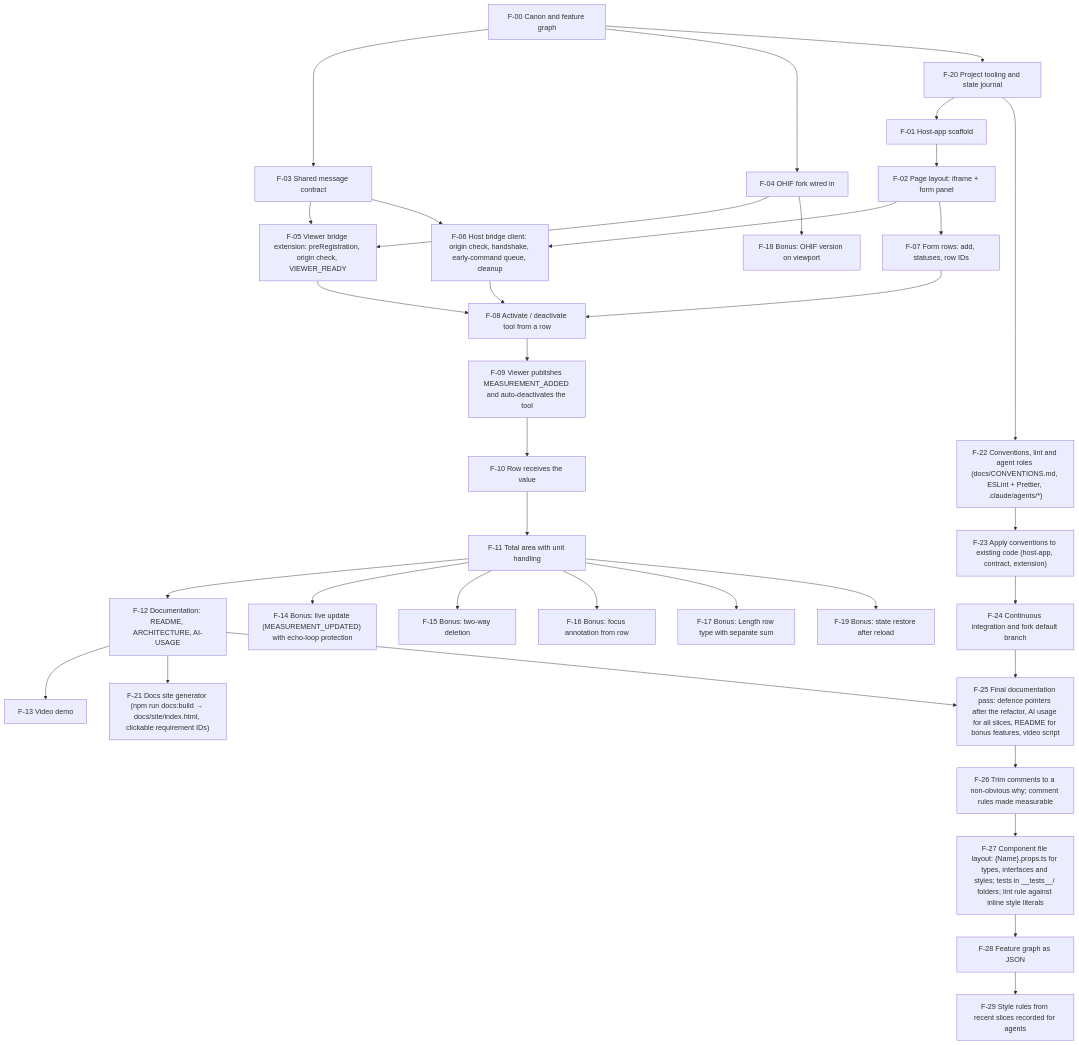
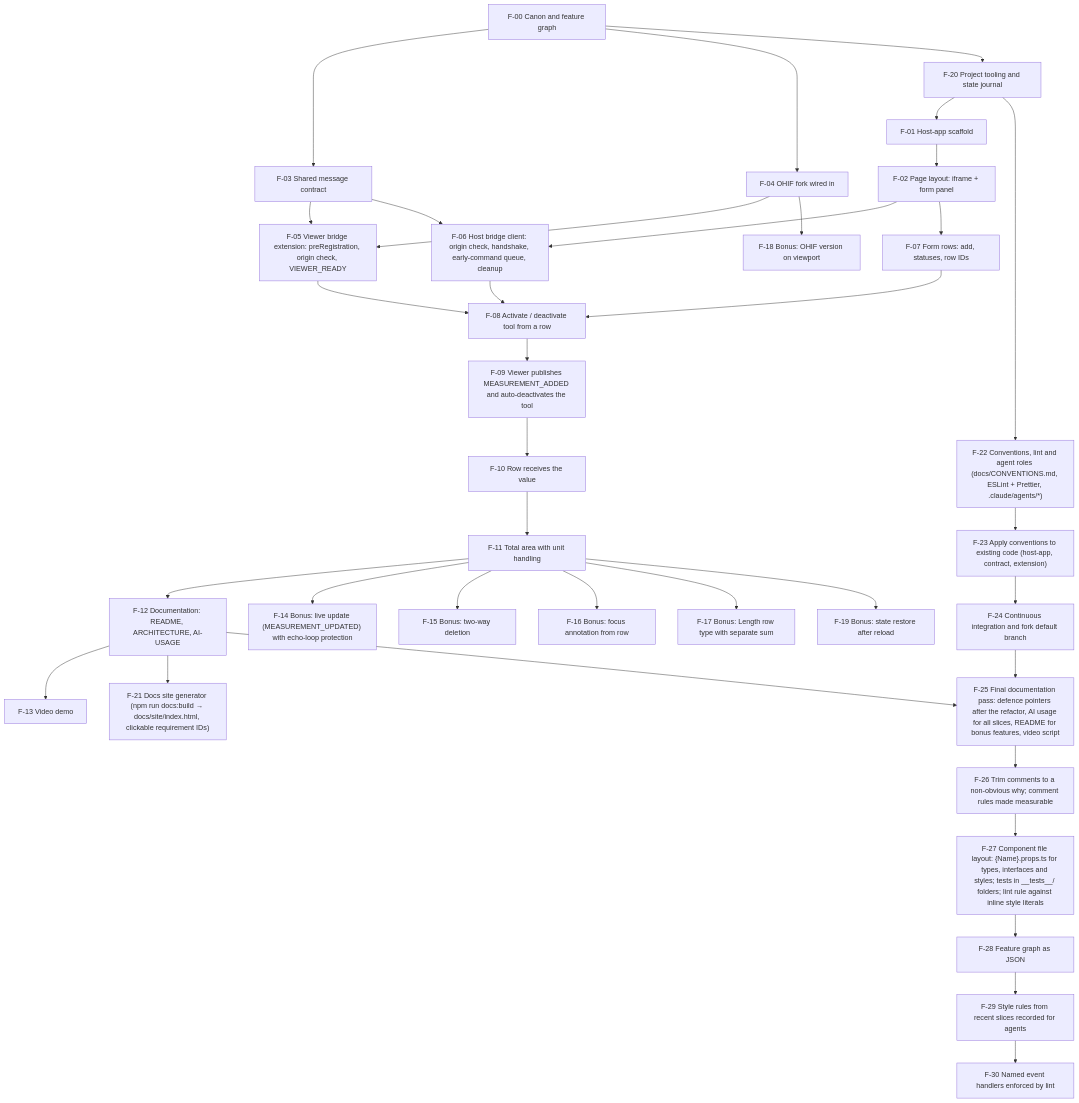
Before and after one commit to bdiadiun/artifact-synchronization: the diagram in docs/FEATURE-GRAPH.md, drawn with Mermaid. The commit also changed other lines of this file and 7 other files, not shown here.

First line of the commit message:
refactor: named event handlers

````diff
--- a/docs/FEATURE-GRAPH.md
+++ b/docs/FEATURE-GRAPH.md
@@ -87,68 +88,70 @@
 ```mermaid
 graph TD
   F00["F-00 Canon and feature graph"]
   F01["F-01 Host-app scaffold"]
   F02["F-02 Page layout: iframe + form panel"]
   F03["F-03 Shared message contract"]
   F04["F-04 OHIF fork wired in"]
   F05["F-05 Viewer bridge extension: preRegistration, origin check, VIEWER_READY"]
   F06["F-06 Host bridge client: origin check, handshake, early-command queue, cleanup"]
   F07["F-07 Form rows: add, statuses, row IDs"]
   F08["F-08 Activate / deactivate tool from a row"]
   F09["F-09 Viewer publishes MEASUREMENT_ADDED and auto-deactivates the tool"]
   F10["F-10 Row receives the value"]
   F11["F-11 Total area with unit handling"]
   F12["F-12 Documentation: README, ARCHITECTURE, AI-USAGE"]
   F13["F-13 Video demo"]
   F14["F-14 Bonus: live update (MEASUREMENT_UPDATED) with echo-loop protection"]
   F15["F-15 Bonus: two-way deletion"]
   F16["F-16 Bonus: focus annotation from row"]
   F17["F-17 Bonus: Length row type with separate sum"]
   F18["F-18 Bonus: OHIF version on viewport"]
   F19["F-19 Bonus: state restore after reload"]
   F20["F-20 Project tooling and state journal"]
   F21["F-21 Docs site generator (npm run docs:build → docs/site/index.html, clickable requirement IDs)"]
   F22["F-22 Conventions, lint and agent roles (docs/CONVENTIONS.md, ESLint + Prettier, .claude/agents/*)"]
   F23["F-23 Apply conventions to existing code (host-app, contract, extension)"]
   F24["F-24 Continuous integration and fork default branch"]
   F25["F-25 Final documentation pass: defence pointers after the refactor, AI usage for all slices, README for bonus features, video script"]
   F26["F-26 Trim comments to a non-obvious why; comment rules made measurable"]
   F27["F-27 Component file layout: {Name}.props.ts for types, interfaces and styles; tests in __tests__/ folders; lint rule against inline style literals"]
   F28["F-28 Feature graph as JSON"]
   F29["F-29 Style rules from recent slices recorded for agents"]
+  F30["F-30 Named event handlers enforced by lint"]
 
   F20 --> F01
   F01 --> F02
   F00 --> F03
   F00 --> F04
   F03 --> F05
   F04 --> F05
   F02 --> F06
   F03 --> F06
   F02 --> F07
   F05 --> F08
   F06 --> F08
   F07 --> F08
   F08 --> F09
   F09 --> F10
   F10 --> F11
   F11 --> F12
   F12 --> F13
   F11 --> F14
   F11 --> F15
   F11 --> F16
   F11 --> F17
   F04 --> F18
   F11 --> F19
   F00 --> F20
   F12 --> F21
   F20 --> F22
   F22 --> F23
   F23 --> F24
   F12 --> F25
   F24 --> F25
   F25 --> F26
   F26 --> F27
   F27 --> F28
   F28 --> F29
+  F29 --> F30
 ```
````
